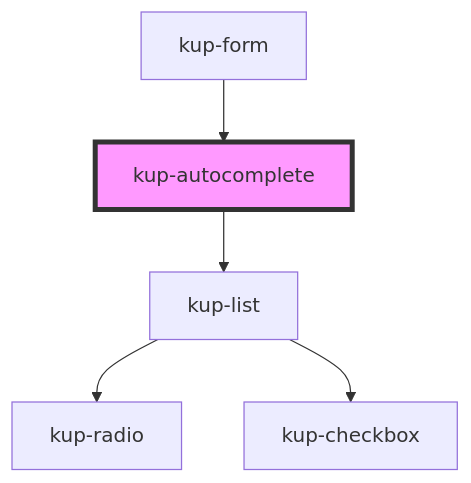
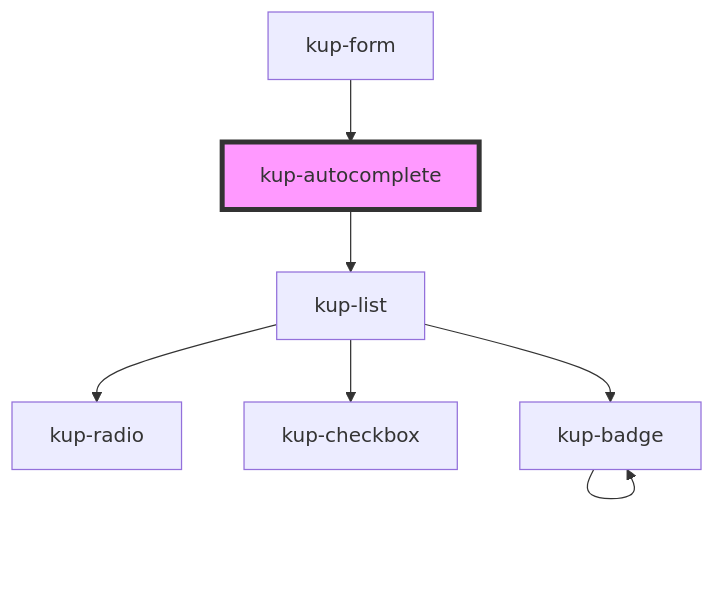
The diagram in packages/ketchup/src/components/kup-autocomplete/readme.md (smeup/ketchup), drawn with Mermaid before and after one commit. The commit also changed other lines of this file and 40 other files, not shown here.

````diff
--- a/packages/ketchup/src/components/kup-autocomplete/readme.md
+++ b/packages/ketchup/src/components/kup-autocomplete/readme.md
@@ -100,8 +100,10 @@
 ```mermaid
 graph TD;
   kup-autocomplete --> kup-list
   kup-list --> kup-radio
   kup-list --> kup-checkbox
+  kup-list --> kup-badge
+  kup-badge --> kup-badge
   kup-form --> kup-autocomplete
   style kup-autocomplete fill:#f9f,stroke:#333,stroke-width:4px
 ```
````
